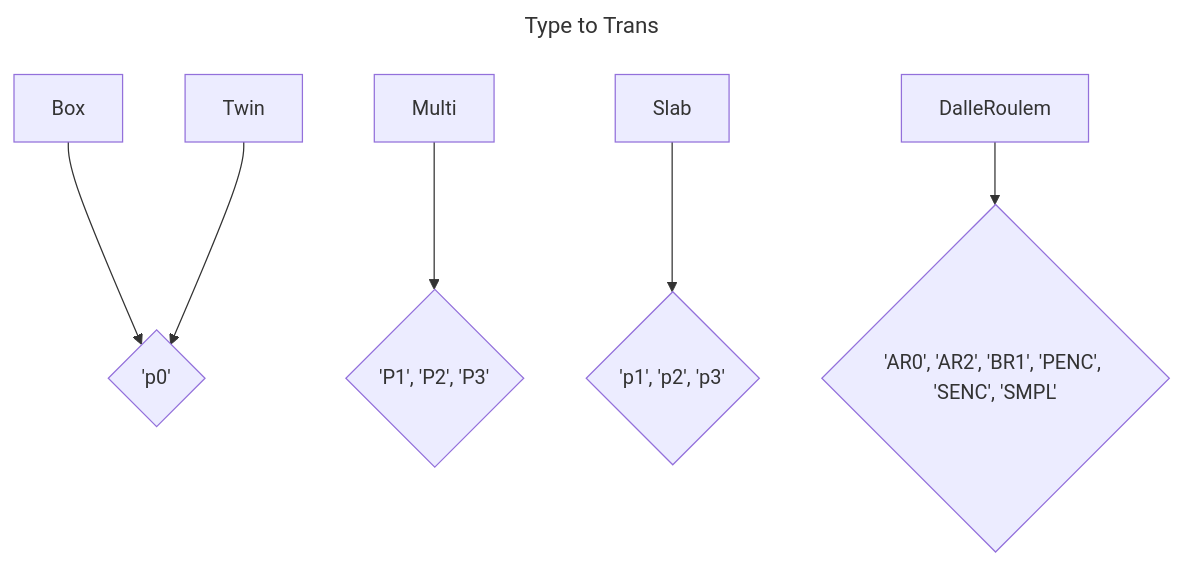
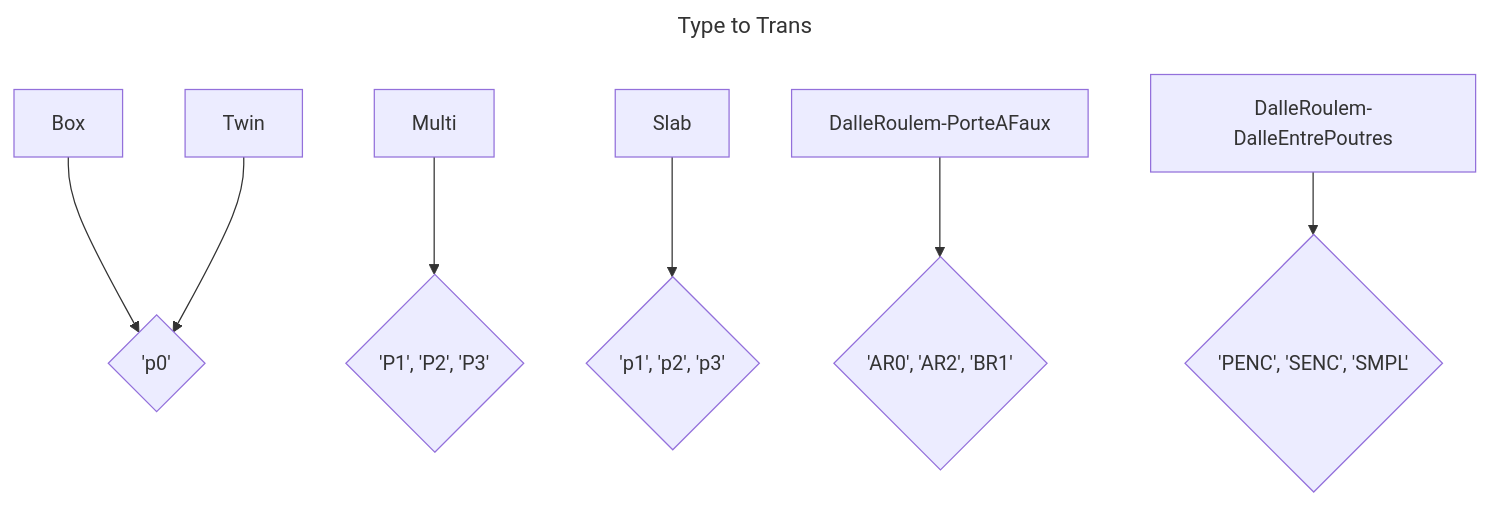
Before and after one commit to EPFL-ENAC/resslab-astra_82001: the seventh of 7 diagrams in README.md, drawn with Mermaid. The commit also changed other lines of this file, not shown here.

Commit message:
docs(README): add new graph

````diff
--- a/README.md
+++ b/README.md
@@ -172,29 +172,30 @@
 ```mermaid
 ---
 title: Type to Trans
 ---
 graph TD
 
     %% Trans
     %% Box [ 'p0' ]
     %% Twin [ 'p0' ]
     %% Multi [ 'P1', 'P2', 'P3' ]
     %% Slab [ 'p1', 'p2', 'p3' ]
     %% DalleRoulem [ 'AR0', 'AR2', 'BR1', 'PENC', 'SENC', 'SMPL' ]
     A[Box] --> S1{'p0'}
     B[Twin] --> S1{'p0'}
     C[Multi] --> S3{'P1', 'P2', 'P3'}
     D[Slab] --> S4{'p1', 'p2', 'p3'}
-    E[DalleRoulem] --> S5{'AR0', 'AR2', 'BR1', 'PENC', 'SENC', 'SMPL'}
+    E[DalleRoulem-PorteAFaux] --> S6{'AR0', 'AR2', 'BR1'}
+    F[DalleRoulem-DalleEntrePoutres] --> S7{'PENC', 'SENC', 'SMPL'}
 
     %% Trans
     %% Box [ 'p0' ]
     %% Twin [ 'p0' ]
     %% Multi [ 'P1', 'P2', 'P3' ]
     %% Slab [ 'p1', 'p2', 'p3' ]
     %% DalleRoulem [ 'AR0', 'AR2', 'BR1', 'PENC', 'SENC', 'SMPL' ]
 
 classDef ToUpgrade stroke:#000,stroke-width:1px,fill:#ffb3b3,font-size:20px
 classDef Databases stroke:#000,stroke-width:1px,fill:#dfdffc,font-size:20px
 classDef App stroke:#000,stroke-width:1px,fill:#c1fbc1,font-size:30px,padding:10px
 ```
````
